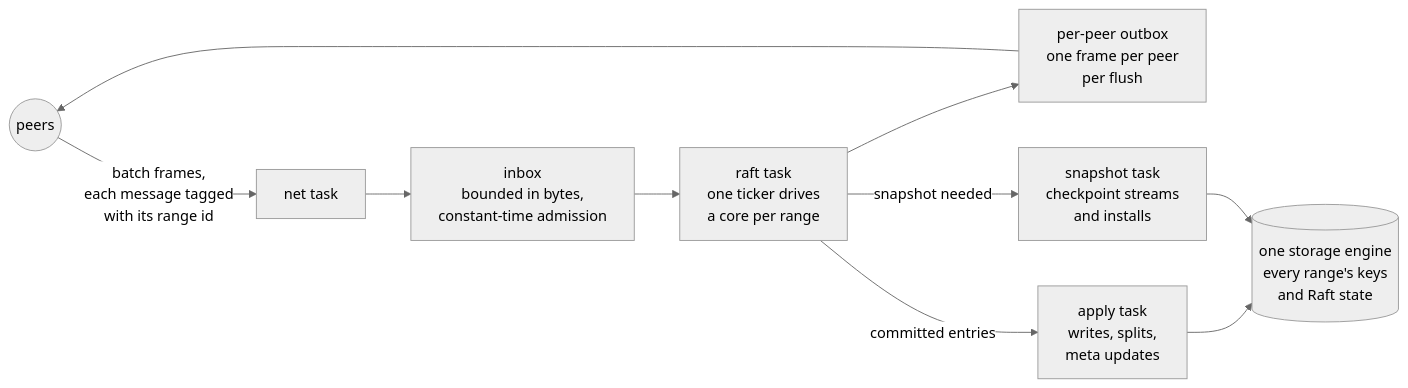
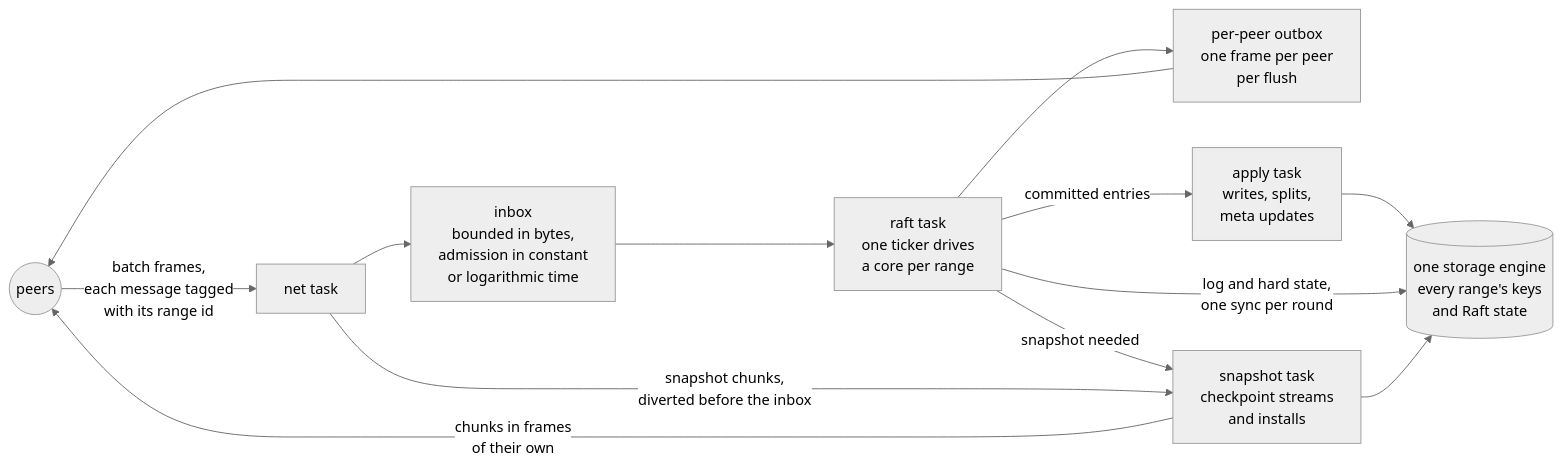
The second of 4 diagrams in README.md (pchrysostomou/ananke), drawn with Mermaid (neutral theme) before and after one commit. The commit also changed other lines of this file, not shown here.

````diff
--- a/README.md
+++ b/README.md
@@ -96,12 +98,15 @@
 ```mermaid
 flowchart LR
   peers(("peers")) -- "batch frames,<br/>each message tagged<br/>with its range id" --> netin["net task"]
-  netin --> inbox["inbox<br/>bounded in bytes,<br/>constant-time admission"]
+  netin --> inbox["inbox<br/>bounded in bytes,<br/>admission in constant<br/>or logarithmic time"]
   inbox --> raft["raft task<br/>one ticker drives<br/>a core per range"]
   raft --> outbox["per-peer outbox<br/>one frame per peer<br/>per flush"]
   outbox --> peers
   raft -- "committed entries" --> apply["apply task<br/>writes, splits,<br/>meta updates"]
   raft -- "snapshot needed" --> snap["snapshot task<br/>checkpoint streams<br/>and installs"]
+  netin -- "snapshot chunks,<br/>diverted before the inbox" --> snap
+  snap -- "chunks in frames<br/>of their own" --> peers
   apply --> engine[("one storage engine<br/>every range's keys<br/>and Raft state")]
+  raft -- "log and hard state,<br/>one sync per round" --> engine
   snap --> engine
 ```
````
